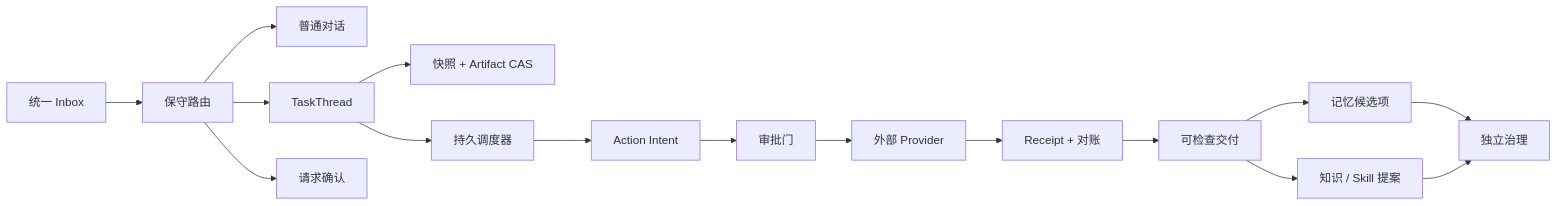
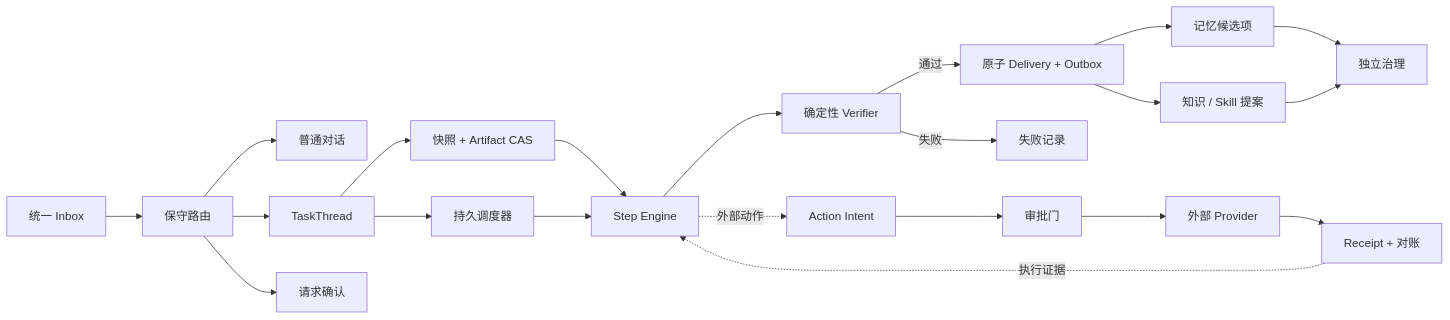
One commit to 2sao7sao/CoPenguin changed the diagram in README.zh.md. Above: the diagram before and after it, drawn with Mermaid. The commit also changed other lines of this file and 56 other files, not shown here.

````diff
--- a/README.zh.md
+++ b/README.zh.md
@@ -128,18 +156,23 @@
 ```mermaid
 flowchart LR
   U["统一 Inbox"] --> R["保守路由"]
   R --> C["普通对话"]
   R --> T["TaskThread"]
   R --> Q["请求确认"]
   T --> S["快照 + Artifact CAS"]
   T --> W["持久调度器"]
-  W --> I["Action Intent"]
+  S --> E["Step Engine"]
+  W --> E
+  E --> V["确定性 Verifier"]
+  V -->|通过| D["原子 Delivery + Outbox"]
+  V -->|失败| F["失败记录"]
+  E -. "外部动作" .-> I["Action Intent"]
   I --> A["审批门"]
   A --> P["外部 Provider"]
   P --> X["Receipt + 对账"]
-  X --> D["可检查交付"]
+  X -. "执行证据" .-> E
   D --> M["记忆候选项"]
   D --> K["知识 / Skill 提案"]
   M --> G["独立治理"]
   K --> G
 ```
````
